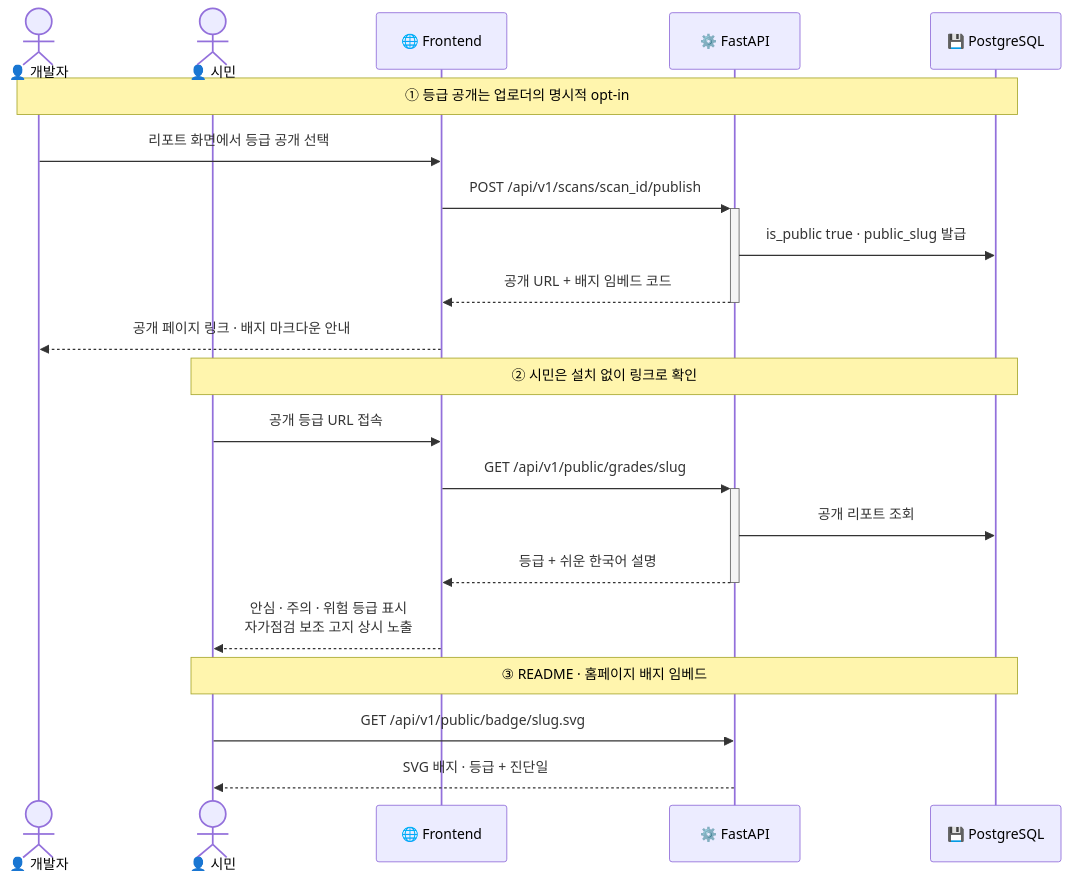
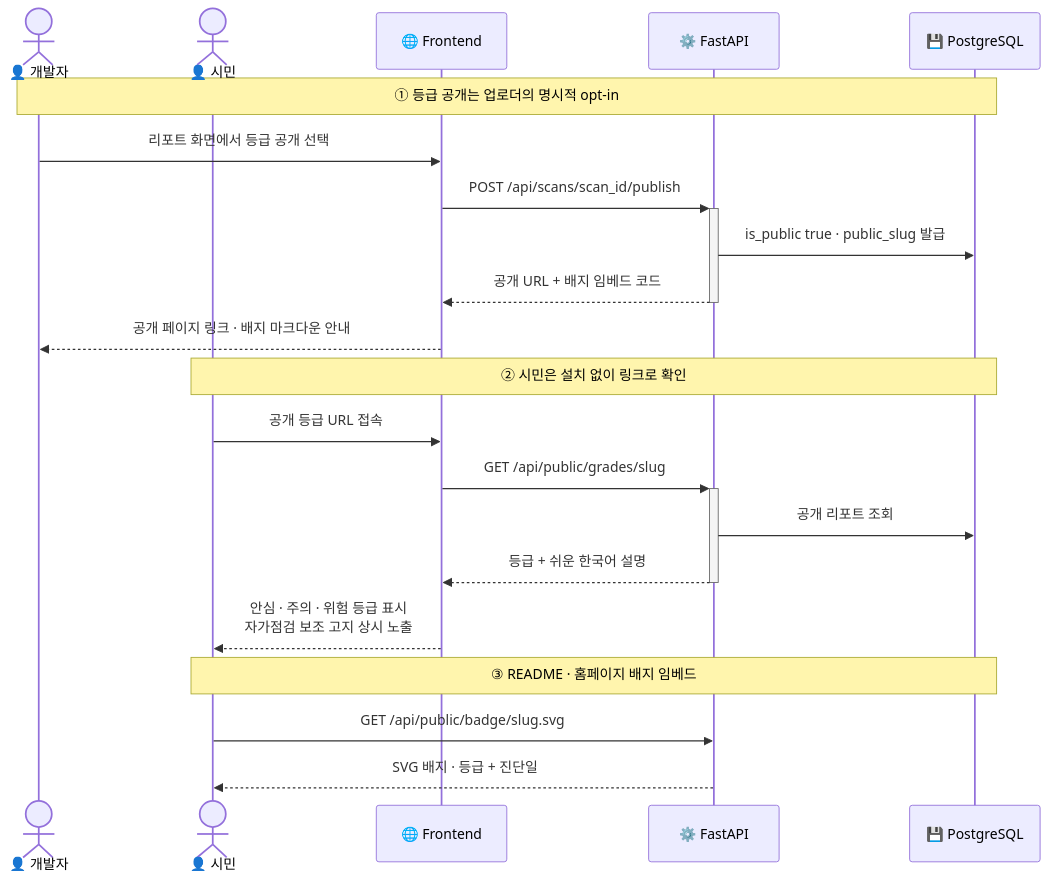
Before and after one commit to fmaPark/ansim-code: the third of 4 diagrams in docs/tdd.md, drawn with Mermaid. The commit also changed other lines of this file, not shown here.

````diff
--- a/docs/tdd.md
+++ b/docs/tdd.md
@@ -282,26 +283,26 @@
 ```mermaid
 sequenceDiagram
     actor Dev as 👤 개발자
     actor Citizen as 👤 시민
     participant FE as 🌐 Frontend
     participant API as ⚙️ FastAPI
     participant DB as 💾 PostgreSQL
 
     Note over Dev,DB: ① 등급 공개는 업로더의 명시적 opt-in
     Dev->>FE: 리포트 화면에서 등급 공개 선택
-    FE->>+API: POST /api/v1/scans/scan_id/publish
+    FE->>+API: POST /api/scans/scan_id/publish
     API->>DB: is_public true · public_slug 발급
     API-->>-FE: 공개 URL + 배지 임베드 코드
     FE-->>Dev: 공개 페이지 링크 · 배지 마크다운 안내
 
     Note over Citizen,DB: ② 시민은 설치 없이 링크로 확인
     Citizen->>FE: 공개 등급 URL 접속
-    FE->>+API: GET /api/v1/public/grades/slug
+    FE->>+API: GET /api/public/grades/slug
     API->>DB: 공개 리포트 조회
     API-->>-FE: 등급 + 쉬운 한국어 설명
     FE-->>Citizen: 안심 · 주의 · 위험 등급 표시<br/>자가점검 보조 고지 상시 노출
 
     Note over Citizen,DB: ③ README · 홈페이지 배지 임베드
-    Citizen->>API: GET /api/v1/public/badge/slug.svg
+    Citizen->>API: GET /api/public/badge/slug.svg
     API-->>Citizen: SVG 배지 · 등급 + 진단일
 ```
````
